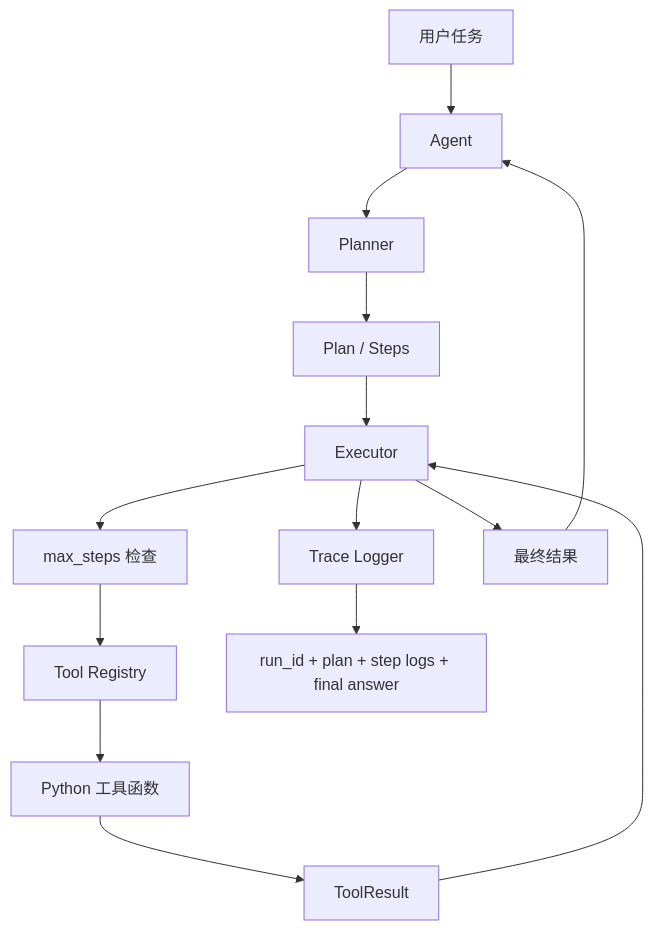
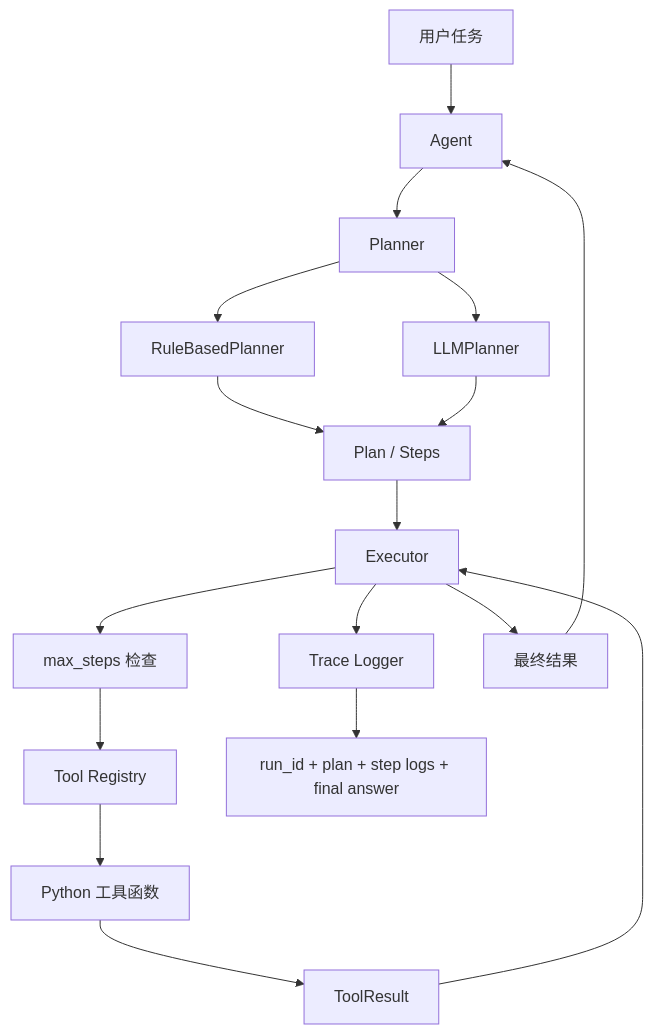
One commit to WujunhaoGPU/MiniAgentLab changed the diagram in README.md. Above: the diagram before and after it, drawn with Mermaid. The commit also changed other lines of this file and 6 other files, not shown here.

````diff
--- a/README.md
+++ b/README.md
@@ -18,16 +18,19 @@
 ```mermaid
 flowchart TD
     User["用户任务"] --> Agent["Agent"]
     Agent --> Planner["Planner"]
-    Planner --> Plan["Plan / Steps"]
+    Planner --> RulePlanner["RuleBasedPlanner"]
+    Planner --> LLMPlanner["LLMPlanner"]
+    RulePlanner --> Plan["Plan / Steps"]
+    LLMPlanner --> Plan
     Plan --> Executor["Executor"]
     Executor --> Guard["max_steps 检查"]
     Guard --> Registry["Tool Registry"]
     Registry --> Tool["Python 工具函数"]
     Tool --> Result["ToolResult"]
     Result --> Executor
     Executor --> Trace["Trace Logger"]
     Trace --> RunTrace["run_id + plan + step logs + final answer"]
     Executor --> Answer["最终结果"]
     Answer --> Agent
 ```
````
